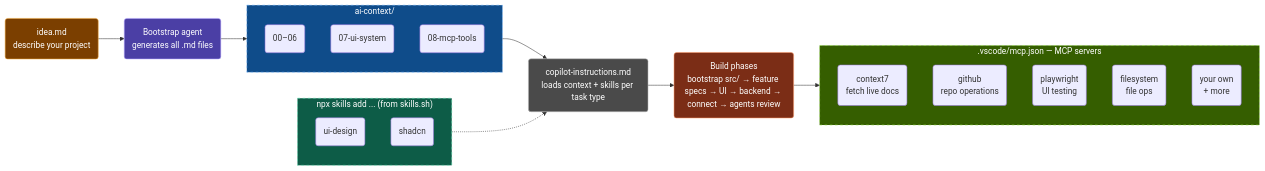
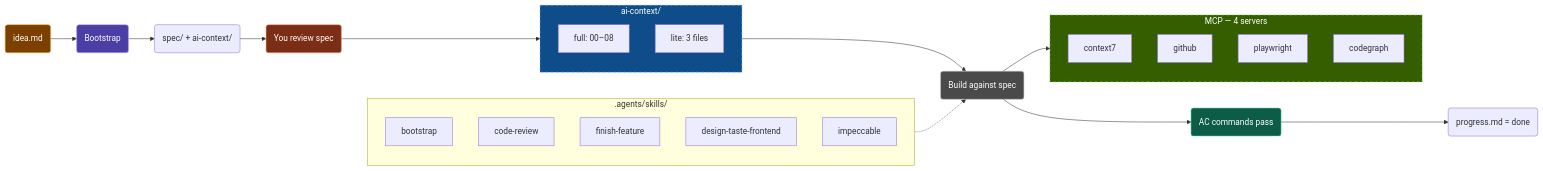
Before and after one commit to dui14/vibe-coding-workflow: the diagram in README.md, drawn with Mermaid. The commit also changed other lines of this file, not shown here.

````diff
--- a/README.md
+++ b/README.md
@@ -69,59 +71,56 @@
 ```mermaid
 ---
 config:
   layout: fixed
 ---
 flowchart LR
   subgraph AICTX["ai-context/"]
     direction TB
-        A1["00–06"]
-        A2["07-ui-system"]
-        A3["08-mcp-tools"]
+        A1["full: 00–08"]
+        A2["lite: 3 files"]
   end
-  subgraph SKILLS["npx skills add ... (from skills.sh)"]
+  subgraph SKILLS[".agents/skills/"]
     direction TB
-        S1["ui-design"]
-        S2["shadcn"]
+        S1["bootstrap"]
+        S2["code-review"]
+        S3["finish-feature"]
+        S4["design-taste-frontend"]
+        S5["impeccable"]
   end
-  subgraph MCP[".vscode/mcp.json — MCP servers"]
+  subgraph MCP["MCP — 4 servers"]
     direction TB
-        M1["context7<br>fetch live docs"]
-        M2["github<br>repo operations"]
-        M3["playwright<br>UI testing"]
-        M4["filesystem<br>file ops"]
-        M5["your own<br>+ more"]
+        M1["context7"]
+        M2["github"]
+        M3["playwright"]
+        M4["codegraph"]
   end
 
-    IDEA["idea.md<br>describe your project"] --> BOOT["Bootstrap agent<br>generates all .md files"]
-    BOOT --> AICTX
-    AICTX --> COPILOT["copilot-instructions.md<br>loads context + skills per task type"]
-    SKILLS -.-> COPILOT
-    COPILOT --> BUILD["Build phases<br>bootstrap src/ → feature specs → UI → backend → connect → agents review"]
+    IDEA["idea.md"] --> BOOT["Bootstrap"]
+    BOOT --> SPEC["spec/ + ai-context/"]
+    SPEC --> GATE["You review spec"]
+    GATE --> AICTX
+    AICTX --> BUILD["Build against spec"]
+    SKILLS -.-> BUILD
+    BUILD --> PROOF["AC commands pass"]
+    PROOF --> PROG["progress.md = done"]
     BUILD --> MCP
 
-    A1@{ shape: rounded}
-    A2@{ shape: rounded}
-    A3@{ shape: rounded}
-    S1@{ shape: rounded}
-    S2@{ shape: rounded}
-    M1@{ shape: rounded}
-    M2@{ shape: rounded}
-    M3@{ shape: rounded}
-    M4@{ shape: rounded}
-    M5@{ shape: rounded}
     IDEA@{ shape: rounded}
     BOOT@{ shape: rounded}
+    SPEC@{ shape: rounded}
+    GATE@{ shape: rounded}
     AICTX@{ shape: rounded}
-    COPILOT@{ shape: rounded}
+    BUILD@{ shape: rounded}
+    PROOF@{ shape: rounded}
+    PROG@{ shape: rounded}
     SKILLS@{ shape: rounded}
-    BUILD@{ shape: rounded}
     MCP@{ shape: rounded}
 
     style IDEA fill:#7B3F00,stroke:#F2A93B,color:#ffffff
     style BOOT fill:#4B3FA5,stroke:#B7A9FF,color:#ffffff
+    style GATE fill:#7B2D16,stroke:#FF9A6A,color:#ffffff
+    style PROOF fill:#0D5C47,stroke:#5DE2B1,color:#ffffff
     style AICTX fill:#0F4C8A,stroke:#73B6FF,color:#ffffff,stroke-dasharray: 5 5
-    style COPILOT fill:#4A4A4A,stroke:#BDBDBD,color:#ffffff
-    style SKILLS fill:#0D5C47,stroke:#5DE2B1,color:#ffffff,stroke-dasharray: 5 5
-    style BUILD fill:#7B2D16,stroke:#FF9A6A,color:#ffffff
+    style BUILD fill:#4A4A4A,stroke:#BDBDBD,color:#ffffff
     style MCP fill:#355E00,stroke:#9EEA52,color:#ffffff,stroke-dasharray: 5 5
 ```
````
